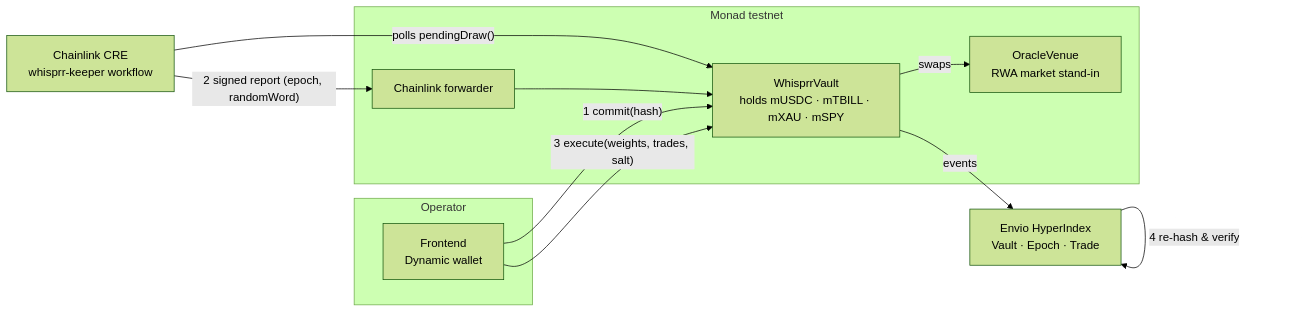
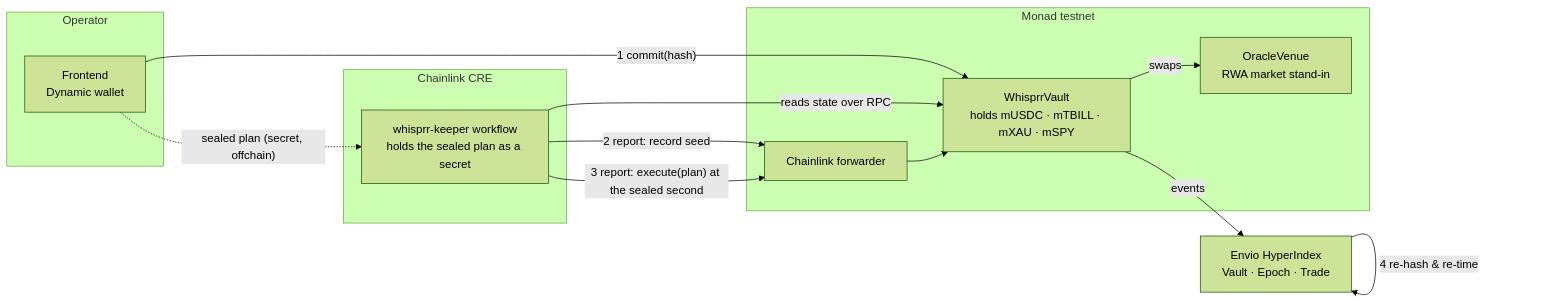
Before and after one commit to tarikriviere/whisprr: the diagram in README.md, drawn with Mermaid (forest theme). The commit also changed other lines of this file and 2 other files, not shown here.

Commit message:
README: sealed-second design, live rebalances on the new vault, roadmap (enclave/MPC, tranches)

````diff
--- a/README.md
+++ b/README.md
@@ -77,21 +92,25 @@
 ```mermaid
 flowchart LR
     subgraph Operator
       UI[Frontend<br/>Dynamic wallet]
+    end
+    subgraph Chainlink CRE
+      K[whisprr-keeper workflow<br/>holds the sealed plan as a secret]
     end
     subgraph Monad testnet
       V[WhisprrVault<br/>holds mUSDC · mTBILL · mXAU · mSPY]
       X[OracleVenue<br/>RWA market stand-in]
       F[Chainlink forwarder]
     end
-    CRE[Chainlink CRE<br/>whisprr-keeper workflow]
     ENV[Envio HyperIndex<br/>Vault · Epoch · Trade]
 
     UI -- "1 commit(hash)" --> V
-    CRE -- "polls pendingDraw()" --> V
-    CRE -- "2 signed report (epoch, randomWord)" --> F --> V
-    UI -- "3 execute(weights, trades, salt)" --> V
+    UI -. "sealed plan (secret, offchain)" .-> K
+    K -- "reads state over RPC" --> V
+    K -- "2 report: record seed" --> F
+    K -- "3 report: execute(plan) at the sealed second" --> F
+    F --> V
     V -- "swaps" --> X
     V -- "events" --> ENV
-    ENV -- "4 re-hash & verify" --> ENV
+    ENV -- "4 re-hash & re-time" --> ENV
 ```
````
